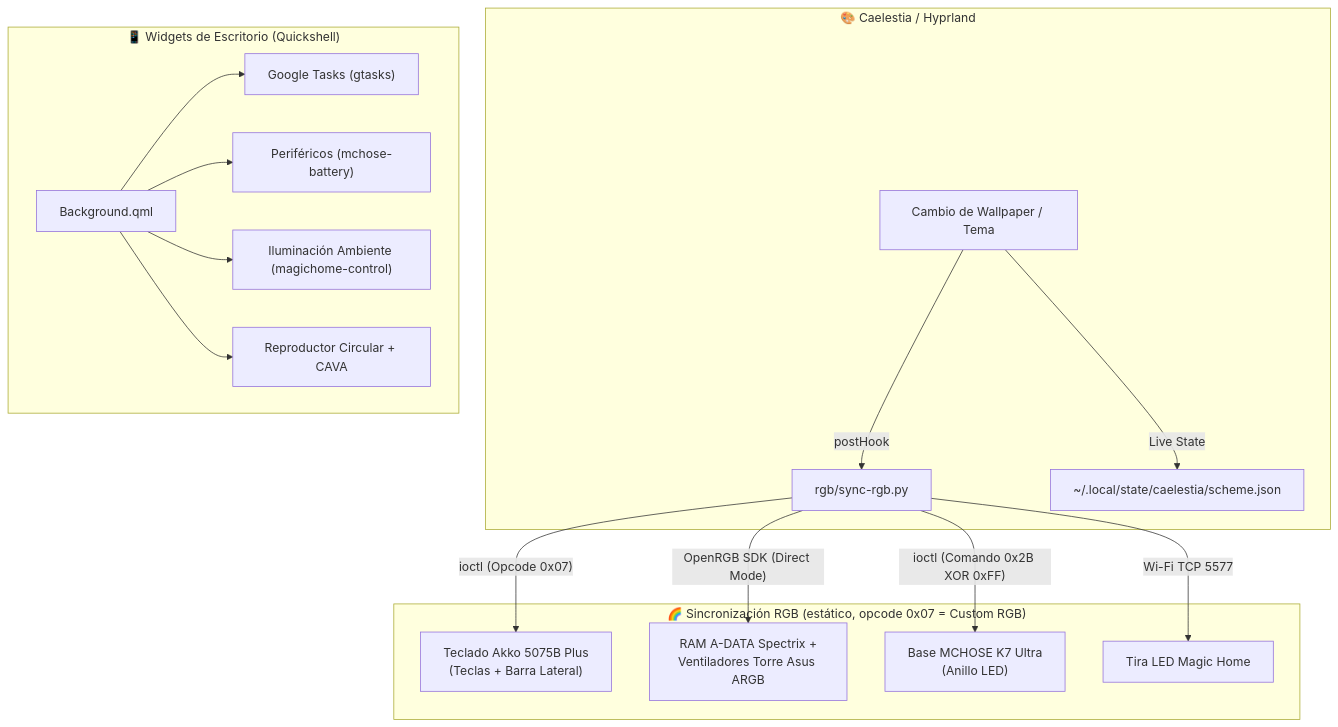
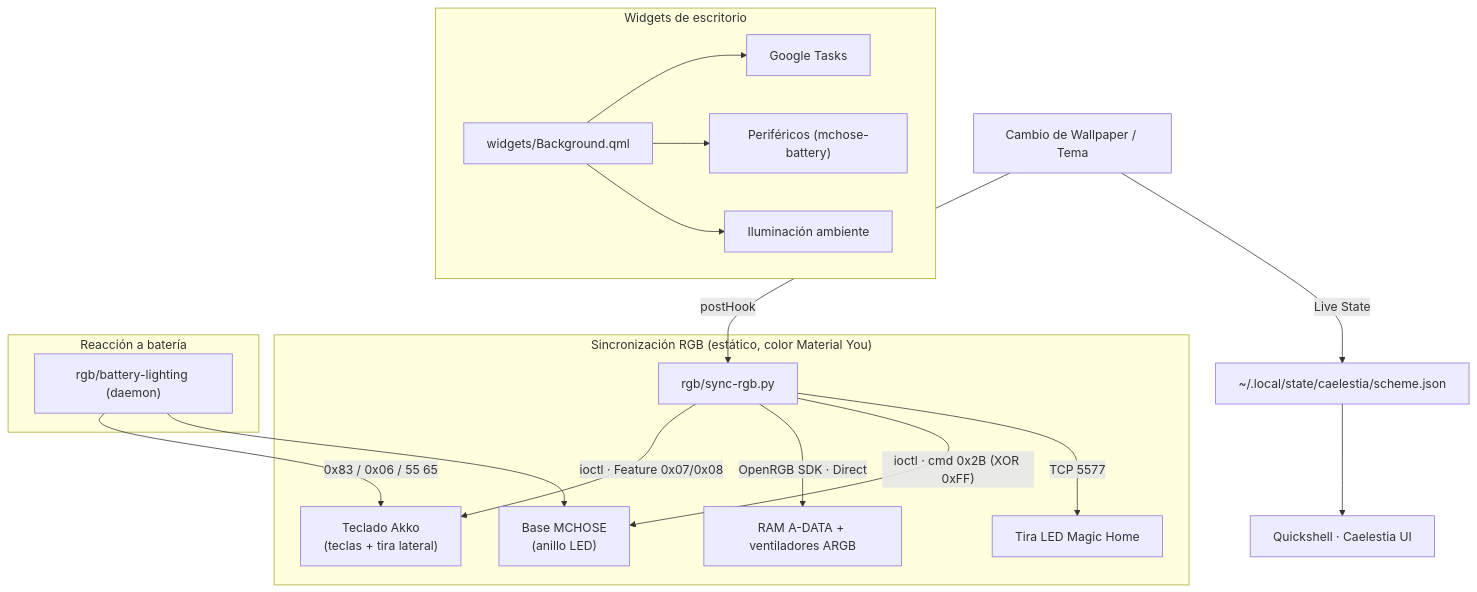
Before and after one commit to Alberviz/LinuxRicing: the diagram in README.md, drawn with Mermaid. The commit also changed other lines of this file and 30 other files, not shown here.

````diff
--- a/README.md
+++ b/README.md
@@ -74,21 +79,24 @@
 ```mermaid
 graph TD
-    subgraph Caelestia_Hyprland["🎨 Caelestia / Hyprland"]
-        WP["Cambio de Wallpaper / Tema"] -->|"postHook"| SYNC["rgb/sync-rgb.py"]
-        WP -->|"Live State"| SCHEME["~/.local/state/caelestia/scheme.json"]
+    WP["Cambio de Wallpaper / Tema"] -->|"postHook"| SYNC["rgb/sync-rgb.py"]
+    WP -->|"Live State"| SCHEME["~/.local/state/caelestia/scheme.json"]
+    SCHEME --> CAEL["Quickshell · Caelestia UI"]
+
+    subgraph RGB["Sincronización RGB (estático, color Material You)"]
+        SYNC -->|"ioctl · Feature 0x07/0x08"| AKKO["Teclado Akko<br>(teclas + tira lateral)"]
+        SYNC -->|"OpenRGB SDK · Direct"| RAMFANS["RAM A-DATA + ventiladores ARGB"]
+        SYNC -->|"ioctl · cmd 0x2B (XOR 0xFF)"| MCHOSE["Base MCHOSE<br>(anillo LED)"]
+        SYNC -->|"TCP 5577"| MAGIC["Tira LED Magic Home"]
     end
 
-    subgraph RGB_Sync["🌈 Sincronización RGB (estático, opcode 0x07 = Custom RGB)"]
-        SYNC -->|"ioctl (Opcode 0x07)"| AKKO["Teclado Akko 5075B Plus<br>(Teclas + Barra Lateral)"]
-        SYNC -->|"OpenRGB SDK (Direct Mode)"| RAMFANS["RAM A-DATA Spectrix +<br>Ventiladores Torre Asus ARGB"]
-        SYNC -->|"ioctl (Comando 0x2B XOR 0xFF)"| MCHOSE["Base MCHOSE K7 Ultra<br>(Anillo LED)"]
-        SYNC -->|"Wi-Fi TCP 5577"| MAGIC["Tira LED Magic Home"]
+    subgraph BATT["Reacción a batería"]
+        BL["rgb/battery-lighting (daemon)"] -->|"0x83 / 0x06 / 55 65"| AKKO
+        BL --> MCHOSE
     end
 
-    subgraph Desktop_Widgets["📱 Widgets de Escritorio (Quickshell)"]
-        BG["Background.qml"] --> GTASKS["Google Tasks (gtasks)"]
-        BG --> BATT["Periféricos (mchose-battery)"]
-        BG --> LED_WIDGET["Iluminación Ambiente (magichome-control)"]
-        BG --> CAVA["Reproductor Circular + CAVA"]
+    subgraph WID["Widgets de escritorio"]
+        BG["widgets/Background.qml"] --> GTASKS["Google Tasks"]
+        BG --> BATTW["Periféricos (mchose-battery)"]
+        BG --> LEDW["Iluminación ambiente"]
     end
 ```
````
